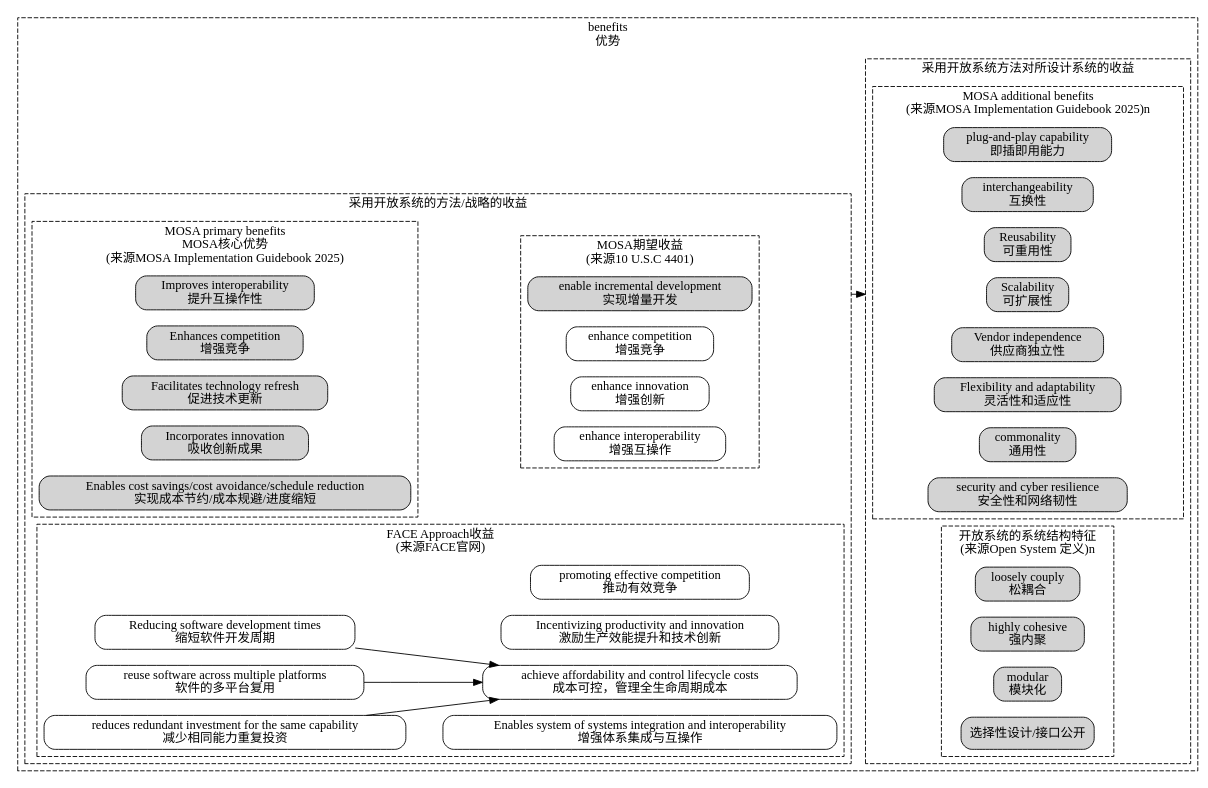
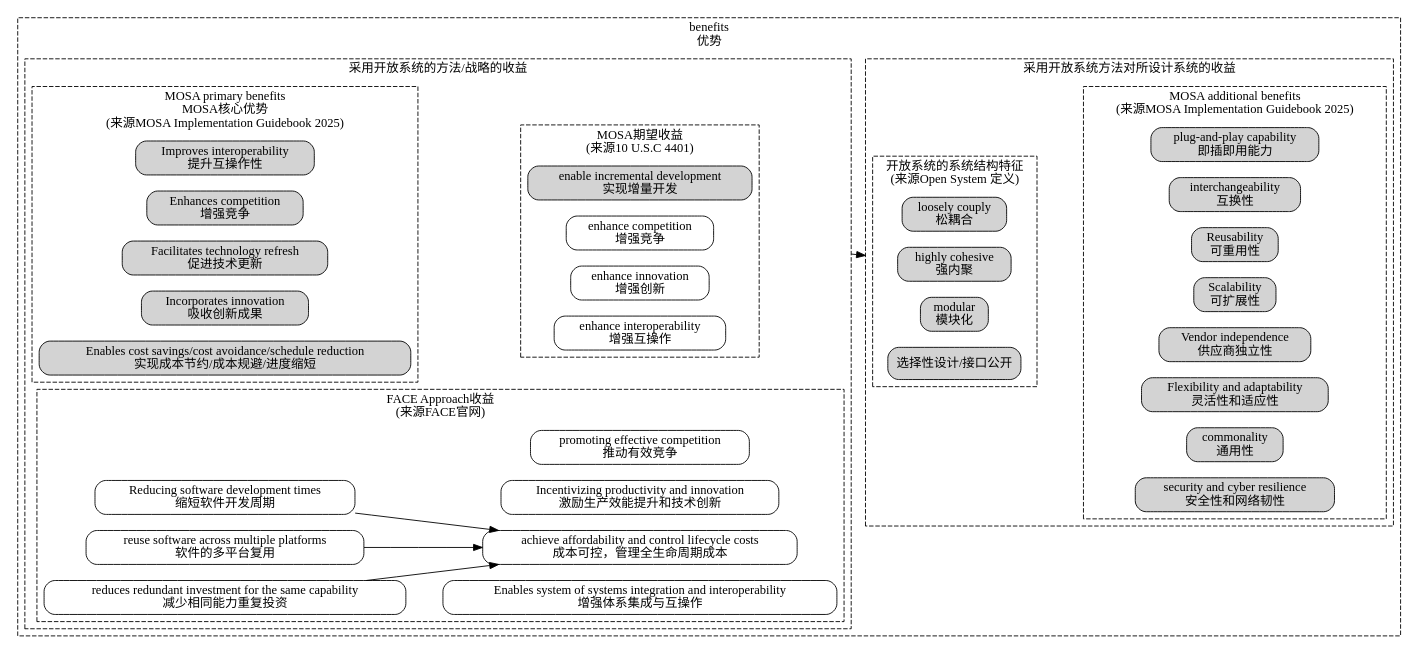
One commit to chaozhang2000/soa changed the diagram in parts/soa_feature_benifits.dot. Above: the diagram before and after it, drawn with Graphviz. The commit also changed 2 other files, not shown here.

```diff
--- a/parts/soa_feature_benifits.dot
+++ b/parts/soa_feature_benifits.dot
@@ -1,71 +1,72 @@
 digraph G {
   graph [rankdir=LR,compound=true];
   node [shape=box, style="rounded,filled"];
 subgraph cluster_MOSA_benefits{
 	label="benefits\n优势"
 	style = dashed;
 subgraph cluster_MOSA_benefits1{
 	label="采用开放系统的方法/战略的收益"
 	style = dashed;
 	
 	subgraph cluster_MOSA_primary_benefits{
 	label="MOSA primary benefits\nMOSA核心优势\n(来源MOSA Implementation Guidebook 2025)"
 	style = dashed;
 	MOSA_Benefit1[label="Improves interoperability\n提升互操作性"]
 	MOSA_Benefit2[label="Enhances competition\n增强竞争"]
 	MOSA_Benefit3[label="Facilitates technology refresh\n促进技术更新"]
 	MOSA_Benefit4[label="Incorporates innovation\n吸收创新成果"]
 	MOSA_Benefit5[label="Enables cost savings/cost avoidance/schedule reduction\n实现成本节约/成本规避/进度缩短"]
 	}
 subgraph cluster_MOSA_benefits2{
 	label="MOSA期望收益\n(来源10 U.S.C 4401)"
 	style = dashed;
 	MOSA_Benefit14[label="enable incremental development\n实现增量开发"]
 	MOSA_Benefit15[label="enhance competition\n增强竞争",color=black,fillcolor=white]
 	MOSA_Benefit16[label="enhance innovation\n增强创新",color=black,fillcolor=white]
 	MOSA_Benefit17[label="enhance interoperability\n增强互操作",color=black,fillcolor=white]
 }
 subgraph cluster_FACE_benefits2{
 	label="FACE Approach收益\n(来源FACE官网)"
 	style = dashed;
 	FACE_Benefit0[label="promoting effective competition\n推动有效竞争",color=black,fillcolor=white]
 	FACE_Benefit1[label="achieve affordability and control lifecycle costs\n成本可控，管理全生命周期成本",color=black,fillcolor=white]
 	FACE_Benefit2[label="Incentivizing productivity and innovation\n激励生产效能提升和技术创新",color=black,fillcolor=white]
 	FACE_Benefit3[label="Reducing software development times\n缩短软件开发周期",color=black,fillcolor=white]
 	FACE_Benefit4[label="reuse software across multiple platforms\n软件的多平台复用",color=black,fillcolor=white]
 	FACE_Benefit5[label="reduces redundant investment for the same capability\n减少相同能力重复投资",color=black,fillcolor=white]
 	FACE_Benefit6[label="Enables system of systems integration and interoperability\n增强体系集成与互操作",color=black,fillcolor=white]
 	{rank=same;FACE_Benefit1;FACE_Benefit2;FACE_Benefit6;FACE_Benefit0}
 	FACE_Benefit3->FACE_Benefit1
 	FACE_Benefit4->FACE_Benefit1
 	FACE_Benefit5->FACE_Benefit1
 }
 }
 subgraph cluster_MOSA_system_benefits{
 	style = dashed;
 	label = "采用开放系统方法对所设计系统的收益"
 	subgraph cluster_MOSA_additional_benefits{
-	label="MOSA additional benefits\n(来源MOSA Implementation Guidebook 2025)n"
+	label="MOSA additional benefits\n(来源MOSA Implementation Guidebook 2025)"
 	style = dashed;
 	MOSA_Benefit6[label="plug-and-play capability\n即插即用能力"]
 	MOSA_Benefit7[label="interchangeability\n互换性"]
 	MOSA_Benefit8[label="Reusability\n可重用性"]
 	MOSA_Benefit9[label="Scalability\n可扩展性"]
 	MOSA_Benefit10[label="Vendor independence\n供应商独立性"]
 	MOSA_Benefit11[label="Flexibility and adaptability\n灵活性和适应性"]
 	MOSA_Benefit12[label="commonality\n通用性"]
 	MOSA_Benefit13[label="security and cyber resilience\n安全性和网络韧性"]
 	}
 	subgraph cluster_MOSA_system_benefits1{
-	label="开放系统的系统结构特征\n(来源Open System 定义)n"
+	label="开放系统的系统结构特征\n(来源Open System 定义)"
 	style = dashed;
 	OpenSystem_feature1[label="loosely couply\n松耦合"];
 	OpenSystem_feature2[label="highly cohesive\n强内聚"];
 	OpenSystem_feature3[label="modular\n模块化"];
 	OpenSystem_feature4[label="选择性设计/接口公开"];
 	}
+	OpenSystem_feature2->MOSA_Benefit9[style=invis]
 }
 }
-MOSA_Benefit14->MOSA_Benefit9[lhead = "cluster_MOSA_system_benefits",ltail = "cluster_MOSA_benefits1"]
+MOSA_Benefit15->OpenSystem_feature2[lhead = "cluster_MOSA_system_benefits",ltail = "cluster_MOSA_benefits1"]
 MOSA_Benefit1->MOSA_Benefit14[style=invis]
 }
```
